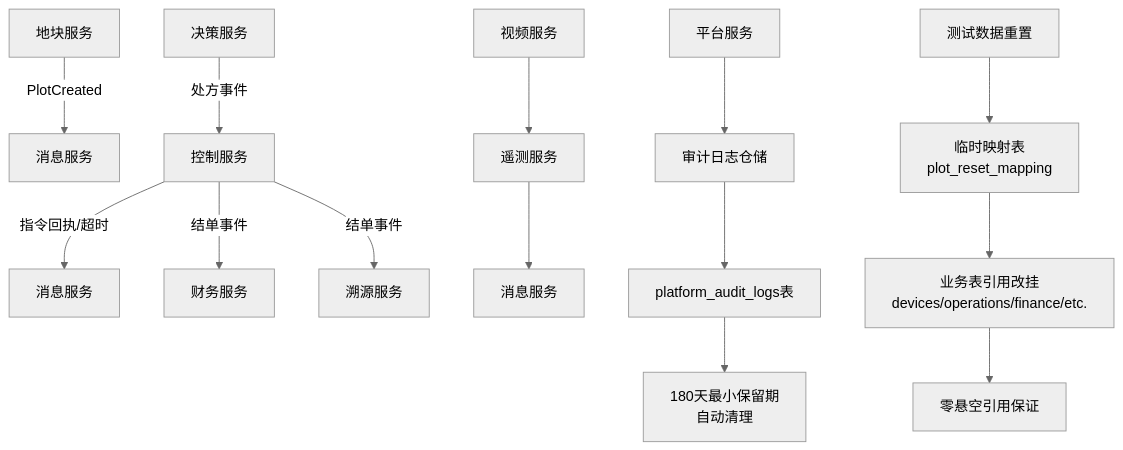
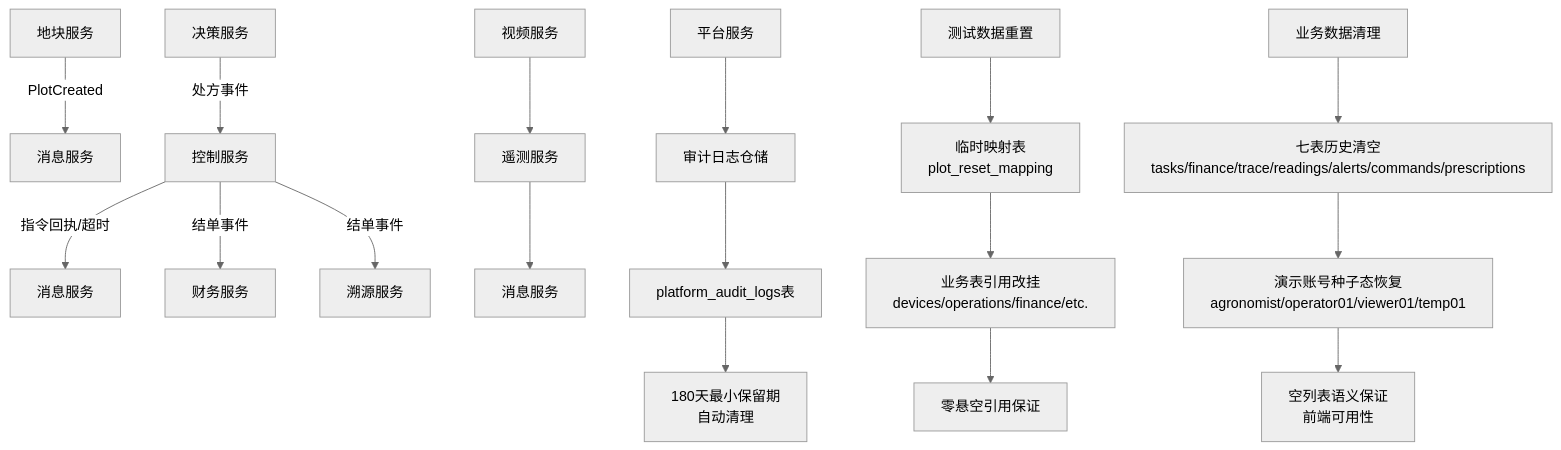
The third of 3 diagrams in .qoder/repowiki/zh/content/项目概述/平台功能清单.md (q446328246/agri-platform), drawn with Mermaid (neutral theme) before and after one commit. The commit also changed other lines of this file and 48 other files, not shown here.

````diff
--- a/.qoder/repowiki/zh/content/项目概述/平台功能清单.md
+++ b/.qoder/repowiki/zh/content/项目概述/平台功能清单.md
@@ -350,16 +414,19 @@
 ```mermaid
 flowchart TD
 A["地块服务"] --> |PlotCreated| B["消息服务"]
 C["决策服务"] --> |处方事件| D["控制服务"]
 D --> |指令回执/超时| E["消息服务"]
 D --> |结单事件| F["财务服务"]
 D --> |结单事件| G["溯源服务"]
 H["视频服务"] --> I["遥测服务"]
 I --> J["消息服务"]
 K["平台服务"] --> L["审计日志仓储"]
 L --> M["platform_audit_logs表"]
 M --> N["180天最小保留期<br/>自动清理"]
 O["测试数据重置"] --> P["临时映射表<br/>plot_reset_mapping"]
 P --> Q["业务表引用改挂<br/>devices/operations/finance/etc."]
 Q --> R["零悬空引用保证"]
+S["业务数据清理"] --> T["七表历史清空<br/>tasks/finance/trace/readings/alerts/commands/prescriptions"]
+T --> U["演示账号种子态恢复<br/>agronomist/operator01/viewer01/temp01"]
+U --> V["空列表语义保证<br/>前端可用性"]
 ```
````
